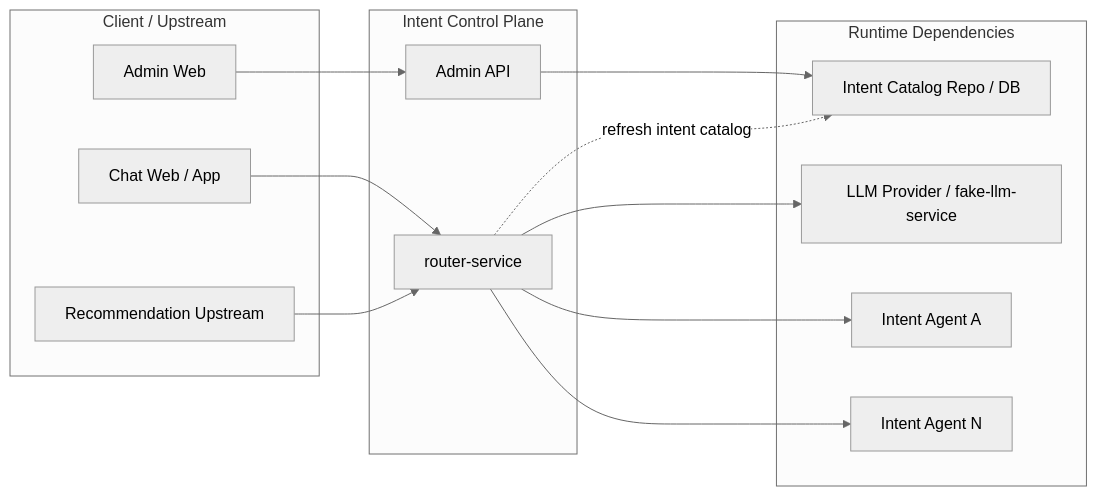
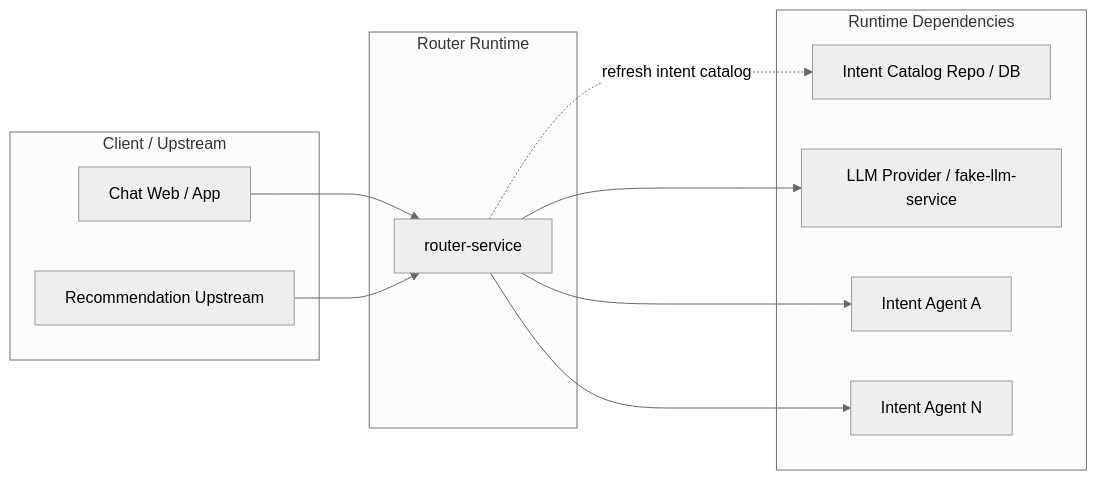
The first of 6 diagrams in docs/v3/router-service-架构设计文档.md (corelli359/intent-router), drawn with Mermaid (neutral theme) before and after one commit. The commit also changed other lines of this file and 121 other files, not shown here.

Commit message:
fix: align router assistant protocol flow

````diff
--- a/docs/v3/router-service-架构设计文档.md
+++ b/docs/v3/router-service-架构设计文档.md
@@ -37,29 +36,25 @@
 ```mermaid
 flowchart LR
     subgraph client["Client / Upstream"]
         chat["Chat Web / App"]
         rec["Recommendation Upstream"]
-        adminweb["Admin Web"]
     end
 
-    subgraph control["Intent Control Plane"]
-        adminapi["Admin API"]
+    subgraph control["Router Runtime"]
         router["router-service"]
     end
 
     subgraph runtime["Runtime Dependencies"]
         catalog["Intent Catalog Repo / DB"]
         llm["LLM Provider / fake-llm-service"]
         agenta["Intent Agent A"]
         agentn["Intent Agent N"]
     end
 
-    adminweb --> adminapi
-    adminapi --> catalog
     chat --> router
     rec --> router
     router -. refresh intent catalog .-> catalog
     router --> llm
     router --> agenta
     router --> agentn
 ```
````
